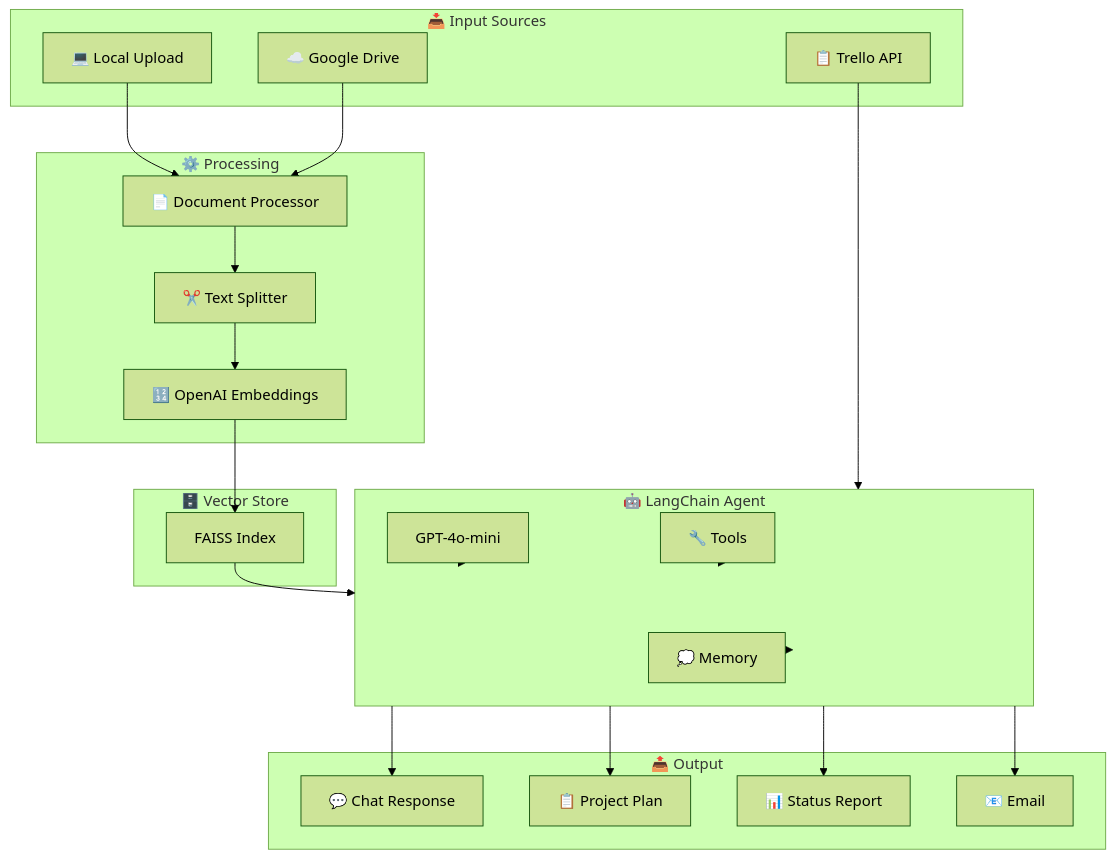
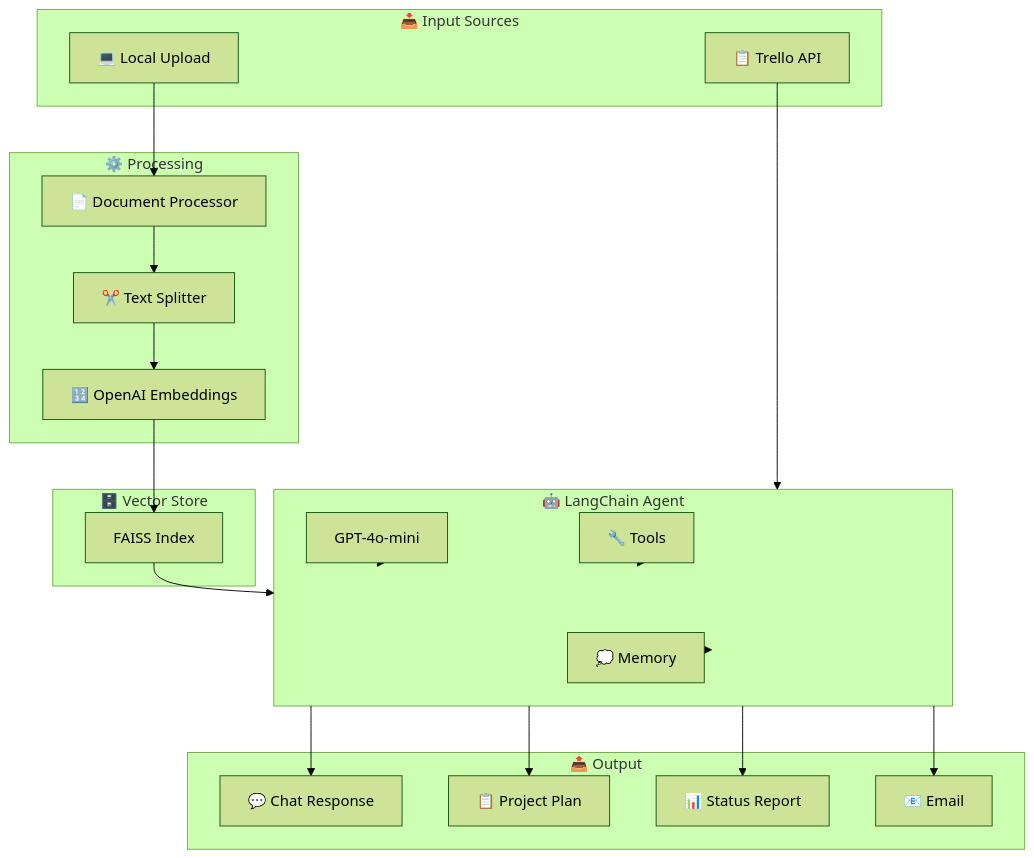
Before and after one commit to hemanthchebiyam/Mira-AI-Agent: the diagram in README.md, drawn with Mermaid (forest theme). The commit also changed other lines of this file, not shown here.

````diff
--- a/README.md
+++ b/README.md
@@ -143,48 +157,46 @@
 ```mermaid
 flowchart TB
     subgraph Input["📥 Input Sources"]
         Local["💻 Local Upload"]
-        GDrive["☁️ Google Drive"]
         Trello["📋 Trello API"]
     end
 
     subgraph Processing["⚙️ Processing"]
         DocProc["📄 Document Processor"]
         Splitter["✂️ Text Splitter"]
         Embeddings["🔢 OpenAI Embeddings"]
     end
 
     subgraph Storage["🗄️ Vector Store"]
         FAISS["FAISS Index"]
     end
 
     subgraph Agent["🤖 LangChain Agent"]
         LLM["GPT-4o-mini"]
         Tools["🔧 Tools"]
         Memory["💭 Memory"]
     end
 
     subgraph Output["📤 Output"]
         Chat["💬 Chat Response"]
         Plan["📋 Project Plan"]
         Report["📊 Status Report"]
         Email["📧 Email"]
     end
 
     Local --> DocProc
-    GDrive --> DocProc
     DocProc --> Splitter
     Splitter --> Embeddings
     Embeddings --> FAISS
 
     Trello --> Agent
     FAISS --> Agent
     LLM --> Agent
     Tools --> Agent
     Memory --> Agent
 
     Agent --> Chat
     Agent --> Plan
     Agent --> Report
     Agent --> Email
 ```
````
